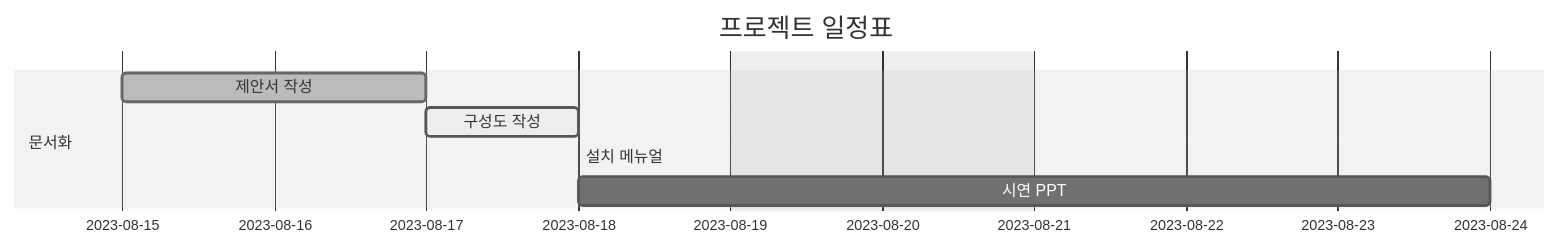
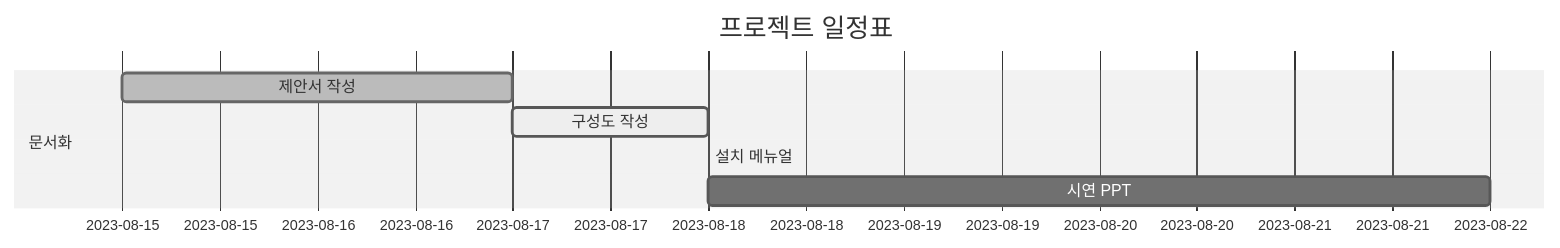
One commit to LOFL404/project1 changed the diagram in README.md. Above: the diagram before and after it, drawn with Mermaid (neutral theme).

````diff
--- a/README.md
+++ b/README.md
@@ -1,16 +1,16 @@
 ```mermaid
 gantt
     dateFormat  YYYY-MM-DD
     axisFormat  %Y-%m-%d
     title       프로젝트 일정표
-    excludes    weekends saturday,sunday
+    includes    weekends saturday,sunday
     
     section 문서화
     제안서 작성     :done,    a, 2023-08-15, 2d
     구성도 작성     :active,    b, 2023-08-17, 1d
     설치 메뉴얼     :c, after b, 7days
     시연 PPT        :after c, 4d
 
     section 구현
     
 ```
````
